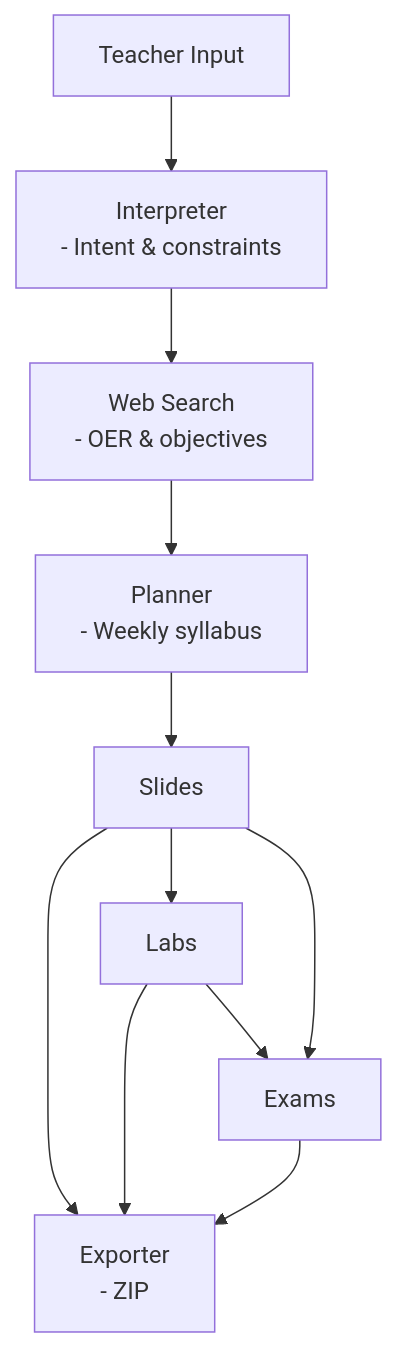
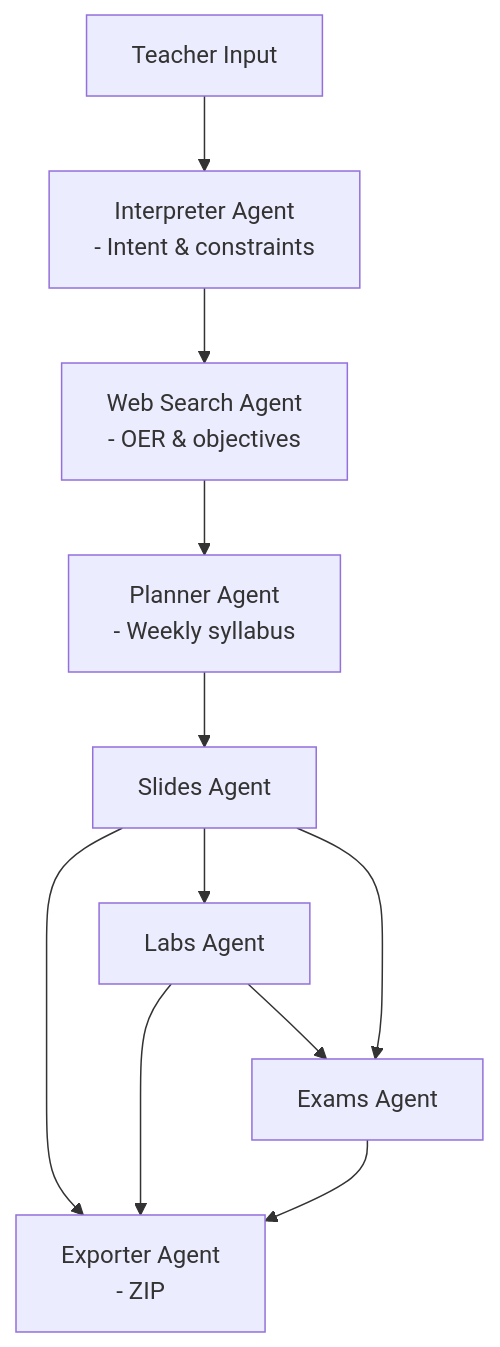
One commit to FaiOnayq/minhaj changed the diagram in README.md. Above: the diagram before and after it, drawn with Mermaid.

````diff
--- a/README.md
+++ b/README.md
@@ -2,14 +2,14 @@
 ```mermaid
 graph TD;
-    A[Teacher Input] --> B[Interpreter<br/>- Intent & constraints];
-    B --> C[Web Search<br/>- OER & objectives];
-    C --> D[Planner<br/>- Weekly syllabus];
-    D --> E[Slides];
-    E --> F[Labs];
-    F --> G[Exams];
+    A[Teacher Input] --> B[Interpreter Agent<br/>- Intent & constraints];
+    B --> C[Web Search Agent<br/>- OER & objectives];
+    C --> D[Planner Agent<br/>- Weekly syllabus];
+    D --> E[Slides Agent];
+    E --> F[Labs Agent];
+    F --> G[Exams Agent];
     E --> G
-    E --> H[Exporter<br/>- ZIP];
+    E --> H[Exporter Agent<br/>- ZIP];
     F --> H
     G --> H
 
 ```
````
